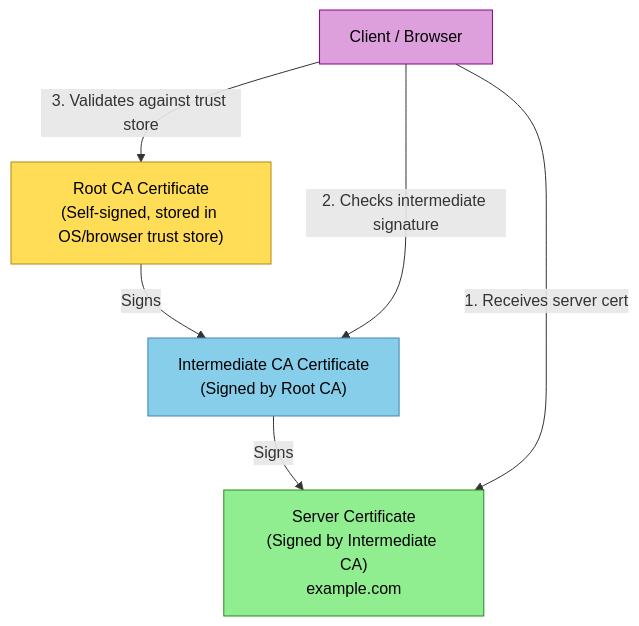
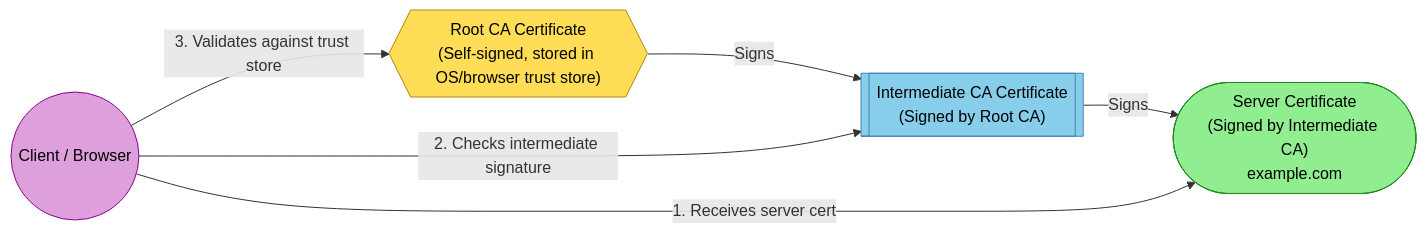
The third of 7 diagrams in docs/https.md (saivamsikaruturi/vamsilabs-dev-notes-main), drawn with Mermaid before and after one commit. The commit also changed other lines of this file and 146 other files, not shown here.

Commit message:
Horizontal diagrams, UML class diagrams, typography overhaul, and permalink cleanup

````diff
--- a/docs/https.md
+++ b/docs/https.md
@@ -117,19 +117,19 @@
 ```mermaid
-flowchart TD
-    ROOT["Root CA Certificate\n(Self-signed, stored in OS/browser trust store)"]
-    INT["Intermediate CA Certificate\n(Signed by Root CA)"]
-    LEAF["Server Certificate\n(Signed by Intermediate CA)\nexample.com"]
+flowchart LR
+    ROOT{{"Root CA Certificate\n(Self-signed, stored in OS/browser trust store)"}}
+    INT[["Intermediate CA Certificate\n(Signed by Root CA)"]]
+    LEAF(["Server Certificate\n(Signed by Intermediate CA)\nexample.com"])
 
     ROOT -->|"Signs"| INT
     INT -->|"Signs"| LEAF
 
-    CLIENT[Client / Browser]
+    CLIENT(("Client / Browser"))
     CLIENT -->|"1. Receives server cert"| LEAF
     CLIENT -->|"2. Checks intermediate signature"| INT
     CLIENT -->|"3. Validates against trust store"| ROOT
 
     style ROOT fill:#ffdd57,stroke:#b8860b,color:#000
     style INT fill:#87ceeb,stroke:#4682b4,color:#000
     style LEAF fill:#90ee90,stroke:#228b22,color:#000
     style CLIENT fill:#dda0dd,stroke:#8b008b,color:#000
 ```
````
